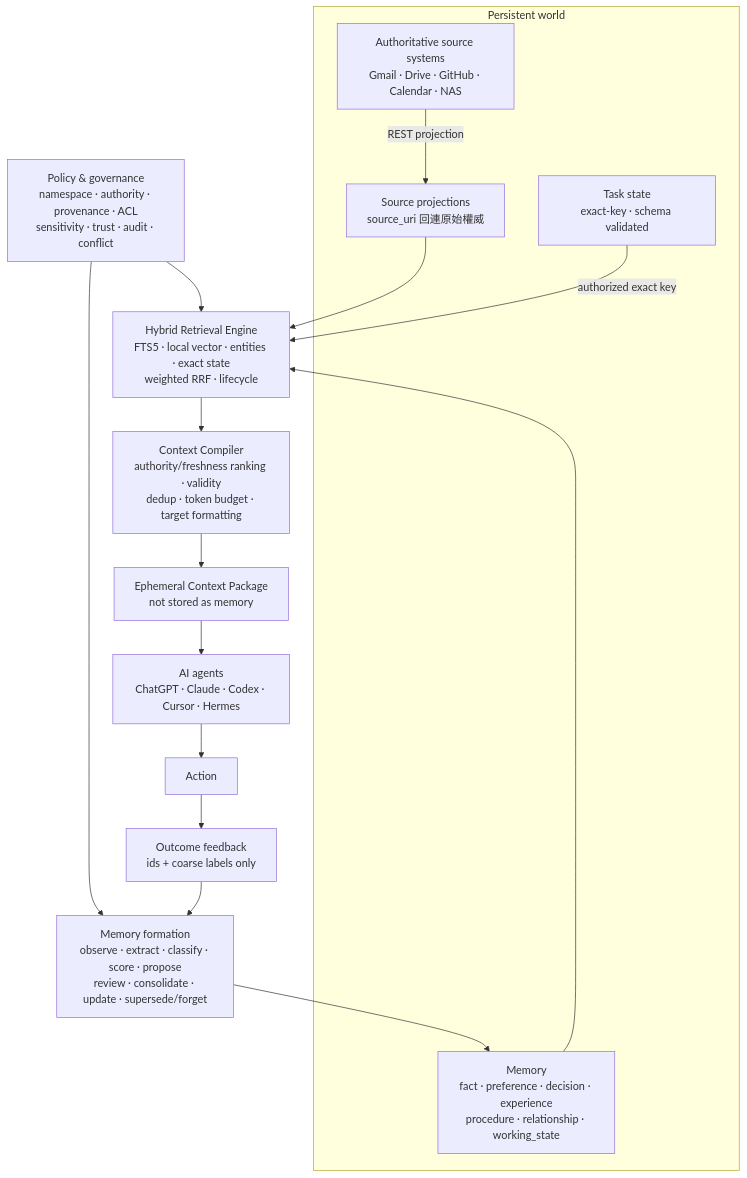
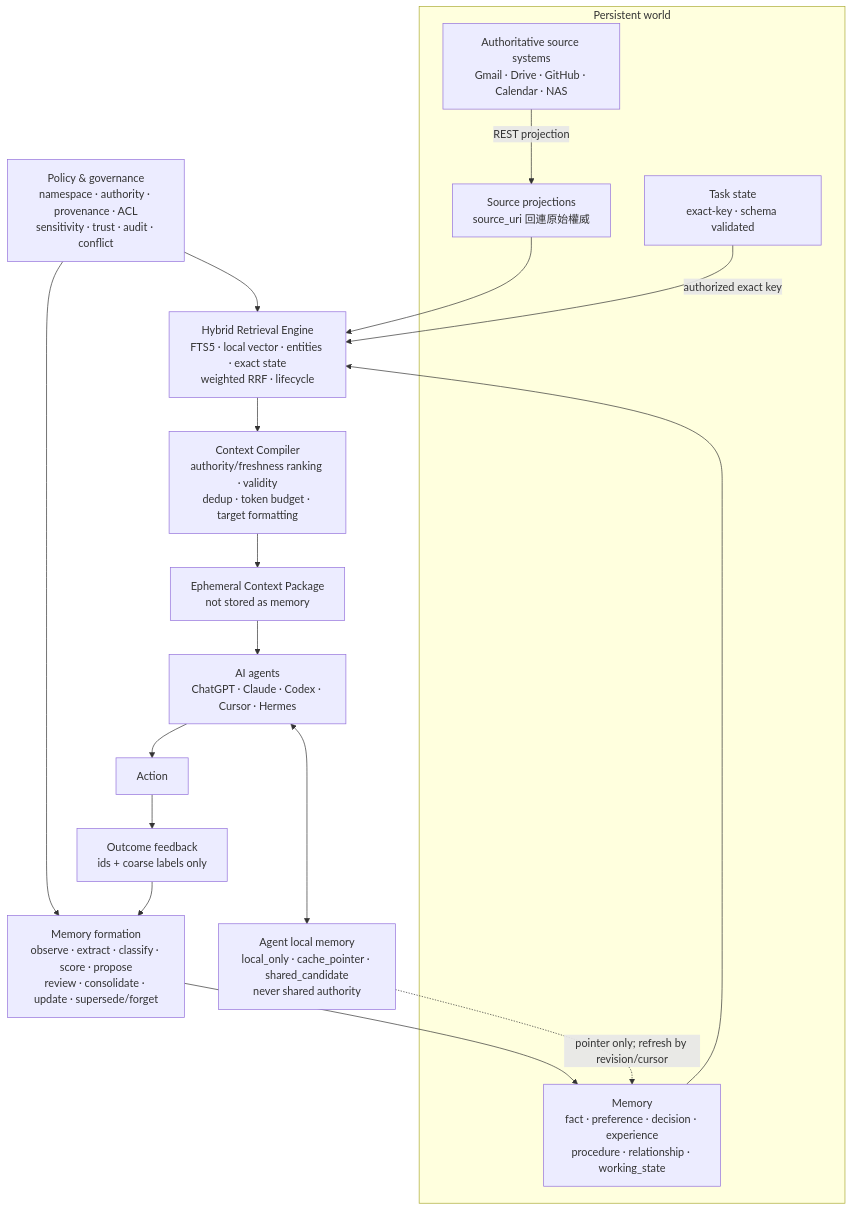
One commit to cuweiwei/ContextHub changed the diagram in README.md. Above: the diagram before and after it, drawn with Mermaid. The commit also changed other lines of this file and 25 other files, not shown here.

First line of the commit message:
feat: federate agent memory with conflict-safe claims

````diff
--- a/README.md
+++ b/README.md
@@ -19,26 +22,29 @@
 ```mermaid
 flowchart TB
   subgraph World["Persistent world"]
     SS["Authoritative source systems<br/>Gmail · Drive · GitHub · Calendar · NAS"]
     SP["Source projections<br/>source_uri 回連原始權威"]
     MEM["Memory<br/>fact · preference · decision · experience<br/>procedure · relationship · working_state"]
     STATE["Task state<br/>exact-key · schema validated"]
     SS -->|"REST projection"| SP
   end
 
   POLICY["Policy & governance<br/>namespace · authority · provenance · ACL<br/>sensitivity · trust · audit · conflict"]
   RET["Hybrid Retrieval Engine<br/>FTS5 · local vector · entities · exact state<br/>weighted RRF · lifecycle"]
   CC["Context Compiler<br/>authority/freshness ranking · validity<br/>dedup · token budget · target formatting"]
   PKG["Ephemeral Context Package<br/>not stored as memory"]
   AGENTS["AI agents<br/>ChatGPT · Claude · Codex · Cursor · Hermes"]
+  LOCAL["Agent local memory<br/>local_only · cache_pointer · shared_candidate<br/>never shared authority"]
   ACTION["Action"]
   OUTCOME["Outcome feedback<br/>ids + coarse labels only"]
   FORM["Memory formation<br/>observe · extract · classify · score · propose<br/>review · consolidate · update · supersede/forget"]
 
   SP --> RET
   MEM --> RET
   STATE -->|"authorized exact key"| RET
   POLICY --> RET --> CC
   POLICY --> FORM
   CC --> PKG --> AGENTS --> ACTION --> OUTCOME --> FORM --> MEM
+  AGENTS <--> LOCAL
+  LOCAL -.->|"pointer only; refresh by revision/cursor"| MEM
 ```
````
